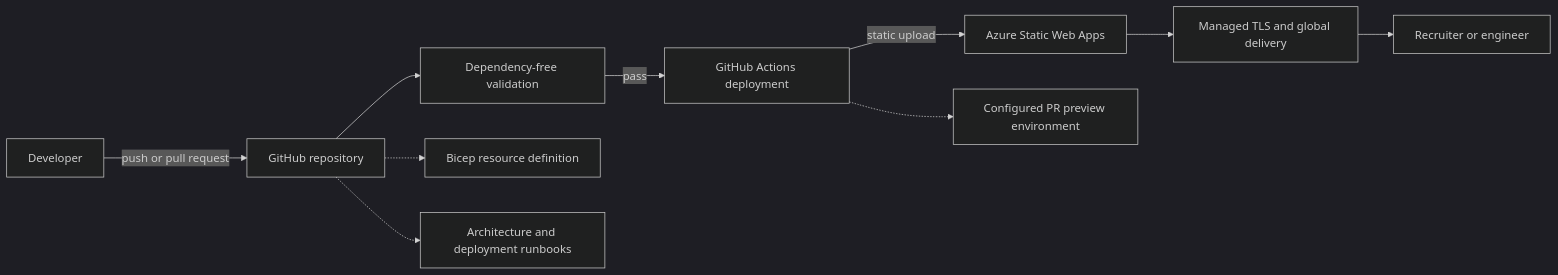
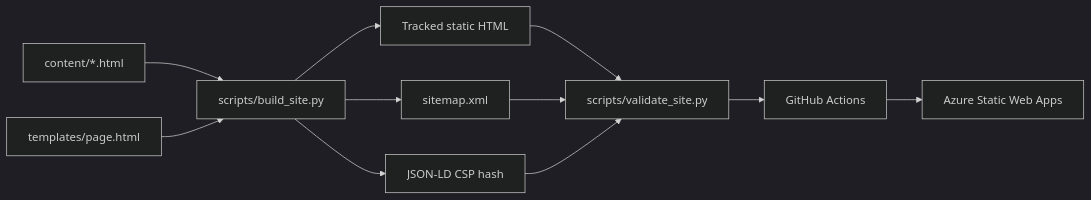
The diagram in README.md (yossefseit/yossefseit.github.io), drawn with Mermaid (dark theme) before and after one commit. The commit also changed other lines of this file and 63 other files, not shown here.

````diff
--- a/README.md
+++ b/README.md
@@ -55,13 +72,13 @@
 ```mermaid
 flowchart LR
-    Developer["Developer"] -->|"push or pull request"| Repository["GitHub repository"]
-    Repository --> Validation["Dependency-free validation"]
-    Validation -->|"pass"| Delivery["GitHub Actions deployment"]
-    Delivery -->|"static upload"| SWA["Azure Static Web Apps"]
-    SWA --> Edge["Managed TLS and global delivery"]
-    Edge --> Visitor["Recruiter or engineer"]
-
-    Repository -.-> Bicep["Bicep resource definition"]
-    Repository -.-> Docs["Architecture and deployment runbooks"]
-    Delivery -.-> Preview["Configured PR preview environment"]
+    Content["content/*.html"] --> Generator["scripts/build_site.py"]
+    Shell["templates/page.html"] --> Generator
+    Generator --> Pages["Tracked static HTML"]
+    Generator --> Sitemap["sitemap.xml"]
+    Generator --> CSP["JSON-LD CSP hash"]
+    Pages --> Validator["scripts/validate_site.py"]
+    Sitemap --> Validator
+    CSP --> Validator
+    Validator --> Workflow["GitHub Actions"]
+    Workflow --> SWA["Azure Static Web Apps"]
 ```
````
